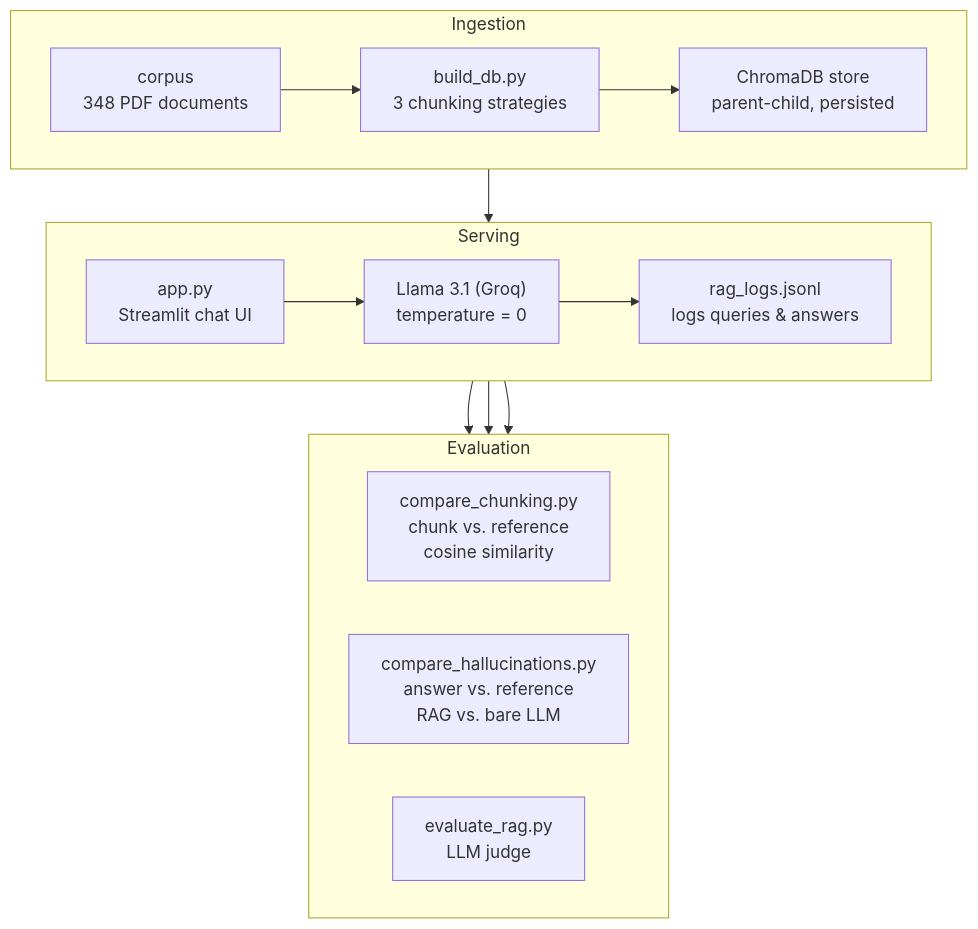
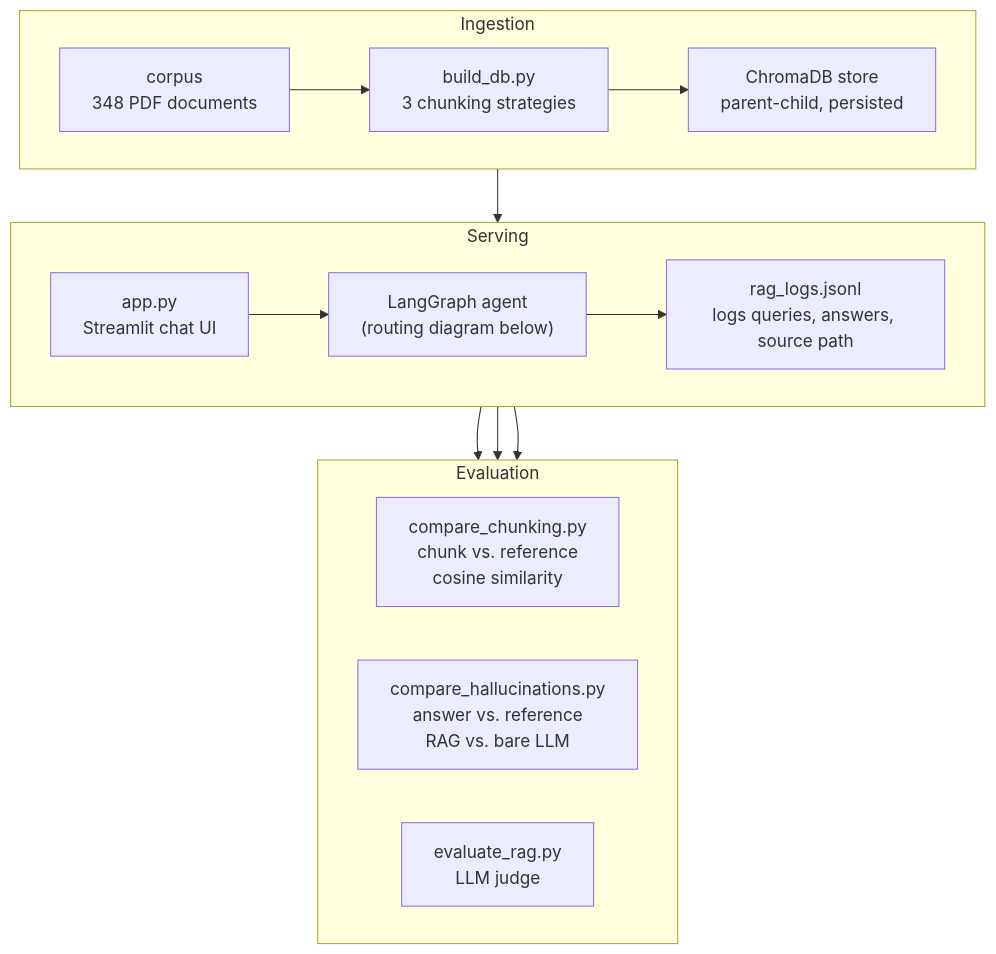
Before and after one commit to omkar-shetty/rag_asd: the first of 2 diagrams in README.md, drawn with Mermaid. The commit also changed other lines of this file, not shown here.

````diff
--- a/README.md
+++ b/README.md
@@ -5,24 +6,24 @@
 ```mermaid
 flowchart TB
     subgraph ingestion [Ingestion]
         direction LR
         pdfs["corpus <br/>348 PDF documents"] --> build["build_db.py<br/>3 chunking strategies"] --> store["ChromaDB store<br/>parent-child, persisted"]
     end
  
     subgraph serving [Serving]
         direction LR
-        app["app.py<br/>Streamlit chat UI"] --> llm["Llama 3.1 (Groq)<br/>temperature = 0"] --> logs["rag_logs.jsonl<br/>logs queries & answers"]
+        app["app.py<br/>Streamlit chat UI"] --> agentGraph["LangGraph agent<br/>(routing diagram below)"] --> logs["rag_logs.jsonl<br/>logs queries, answers, source path"]
     end
  
     subgraph evaluation [Evaluation]
         direction LR
         chunking["compare_chunking.py<br/>chunk vs. reference<br/>cosine similarity"]
         halluc["compare_hallucinations.py<br/>answer vs. reference<br/>RAG vs. bare LLM"]
         judge["evaluate_rag.py<br/> LLM judge"]
     end
  
     store --> app
     logs --> chunking
     logs --> halluc
     logs --> judge
 ```
````
